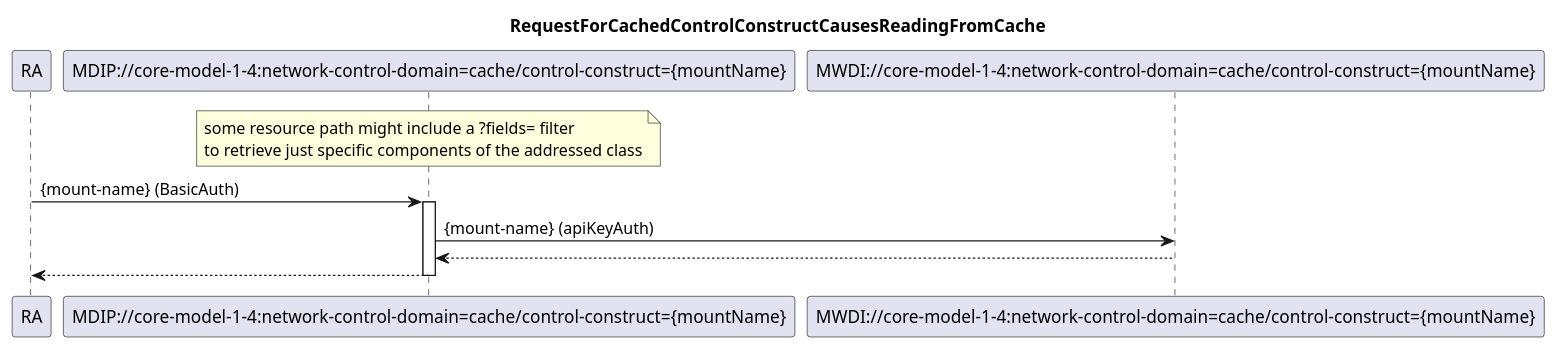
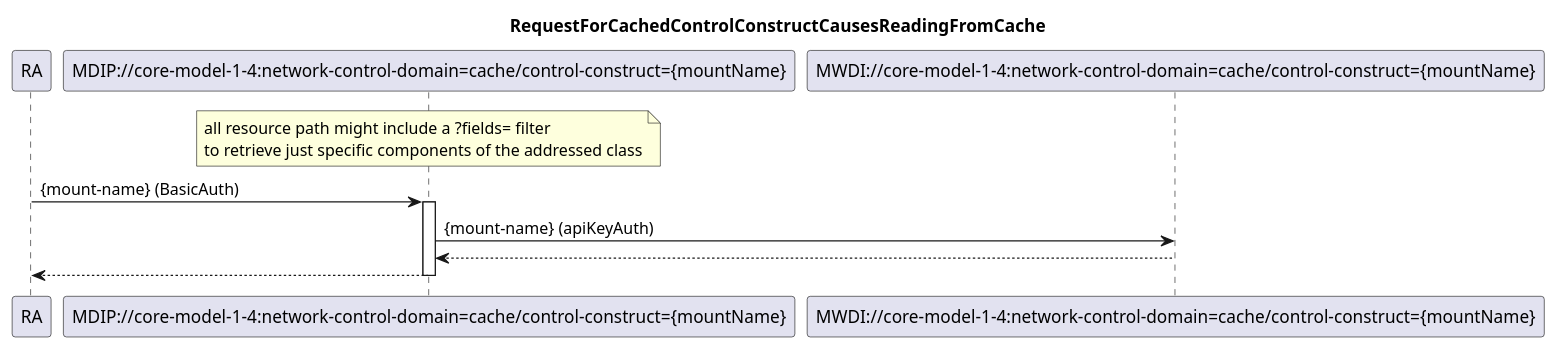
The diagram in spec/diagrams/100_provideControlConstruct.plantuml (openBackhaul/MultiDomainInventoryProxy), drawn with PlantUML before and after one commit. The commit also changed 8 other files, not shown here.

```diff
--- a/spec/diagrams/100_provideControlConstruct.plantuml
+++ b/spec/diagrams/100_provideControlConstruct.plantuml
@@ -1,25 +1,25 @@
 @startuml 100_provideControlConstruct
 skinparam responseMessageBelowArrow true
 
 title RequestForCachedControlConstructCausesReadingFromCache
 
 participant "RA" as requestor
 participant "MDIP://core-model-1-4:network-control-domain=cache/control-construct={mountName}" as MdipResourcePath
 participant "MWDI://core-model-1-4:network-control-domain=cache/control-construct={mountName}" as MwdiResourcePath
 
 
 note over MdipResourcePath
-some resource path might include a ?fields= filter
+all resource path might include a ?fields= filter
 to retrieve just specific components of the addressed class
 end note
 
 requestor -> MdipResourcePath: {mount-name} (BasicAuth)
 activate MdipResourcePath
 
 MdipResourcePath -> MwdiResourcePath : {mount-name} (apiKeyAuth)
 MwdiResourcePath --> MdipResourcePath
 
 MdipResourcePath --> requestor
 deactivate MdipResourcePath
 
 @enduml
```
